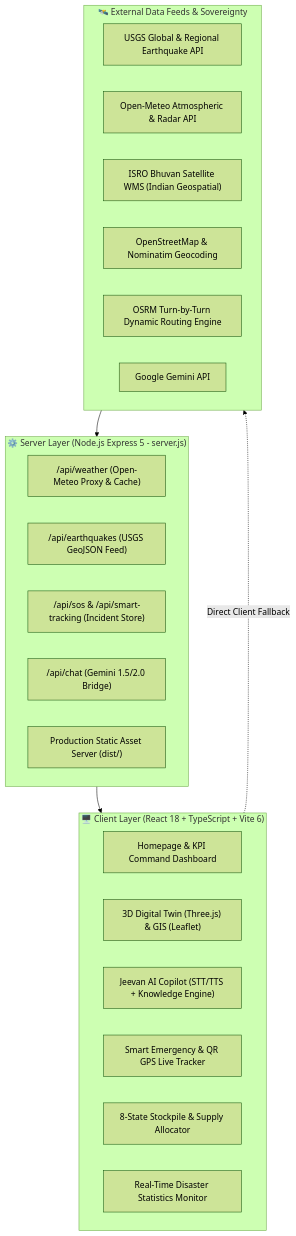
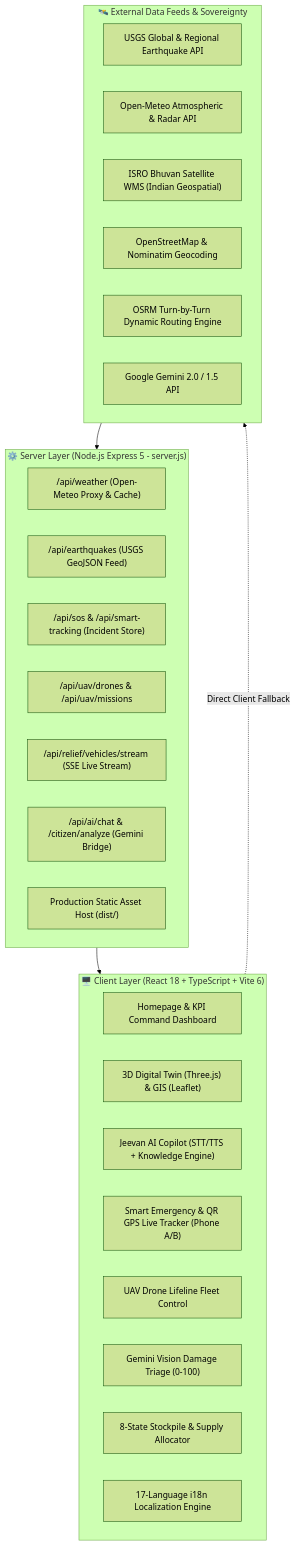
One commit to pragyakatiyar73-cyber/Jeevan-setu changed the second of 2 diagrams in README.md. Above: the diagram before and after it, drawn with Mermaid (forest theme). The commit also changed other lines of this file, not shown here.

Commit message:
docs: comprehensive accurate update of README.md with dual AI, P2P tracking, UAV fleet, 17 languages, and verified project layout

````diff
--- a/README.md
+++ b/README.md
@@ -170,32 +248,36 @@
 ```mermaid
 flowchart TD
     subgraph CLIENT ["🖥️ Client Layer (React 18 + TypeScript + Vite 6)"]
         UI_Home["Homepage & KPI Command Dashboard"]
         UI_Map3D["3D Digital Twin (Three.js) & GIS (Leaflet)"]
         UI_AI["Jeevan AI Copilot (STT/TTS + Knowledge Engine)"]
-        UI_Track["Smart Emergency & QR GPS Live Tracker"]
+        UI_Track["Smart Emergency & QR GPS Live Tracker (Phone A/B)"]
+        UI_Drone["UAV Drone Lifeline Fleet Control"]
+        UI_Vision["Gemini Vision Damage Triage (0-100)"]
         UI_Stock["8-State Stockpile & Supply Allocator"]
-        UI_Stats["Real-Time Disaster Statistics Monitor"]
+        UI_Lang["17-Language i18n Localization Engine"]
     end
 
     subgraph SERVER ["⚙️ Server Layer (Node.js Express 5 - server.js)"]
         API_Weather["/api/weather (Open-Meteo Proxy & Cache)"]
         API_Quake["/api/earthquakes (USGS GeoJSON Feed)"]
         API_SOS["/api/sos & /api/smart-tracking (Incident Store)"]
-        API_Chat["/api/chat (Gemini 1.5/2.0 Bridge)"]
-        API_Static["Production Static Asset Server (dist/)"]
+        API_UAV["/api/uav/drones & /api/uav/missions"]
+        API_Fleet["/api/relief/vehicles/stream (SSE Live Stream)"]
+        API_Chat["/api/ai/chat & /citizen/analyze (Gemini Bridge)"]
+        API_Static["Production Static Asset Host (dist/)"]
     end
 
     subgraph DATA_SOURCES ["🛰️ External Data Feeds & Sovereignty"]
         USGS["USGS Global & Regional Earthquake API"]
         OpenMeteo["Open-Meteo Atmospheric & Radar API"]
         Bhuvan["ISRO Bhuvan Satellite WMS (Indian Geospatial)"]
         OSM["OpenStreetMap & Nominatim Geocoding"]
         OSRM["OSRM Turn-by-Turn Dynamic Routing Engine"]
-        Gemini["Google Gemini API"]
+        Gemini["Google Gemini 2.0 / 1.5 API"]
     end
 
     DATA_SOURCES --> SERVER
     SERVER --> CLIENT
     CLIENT -. Direct Client Fallback .-> DATA_SOURCES
 ```
````
